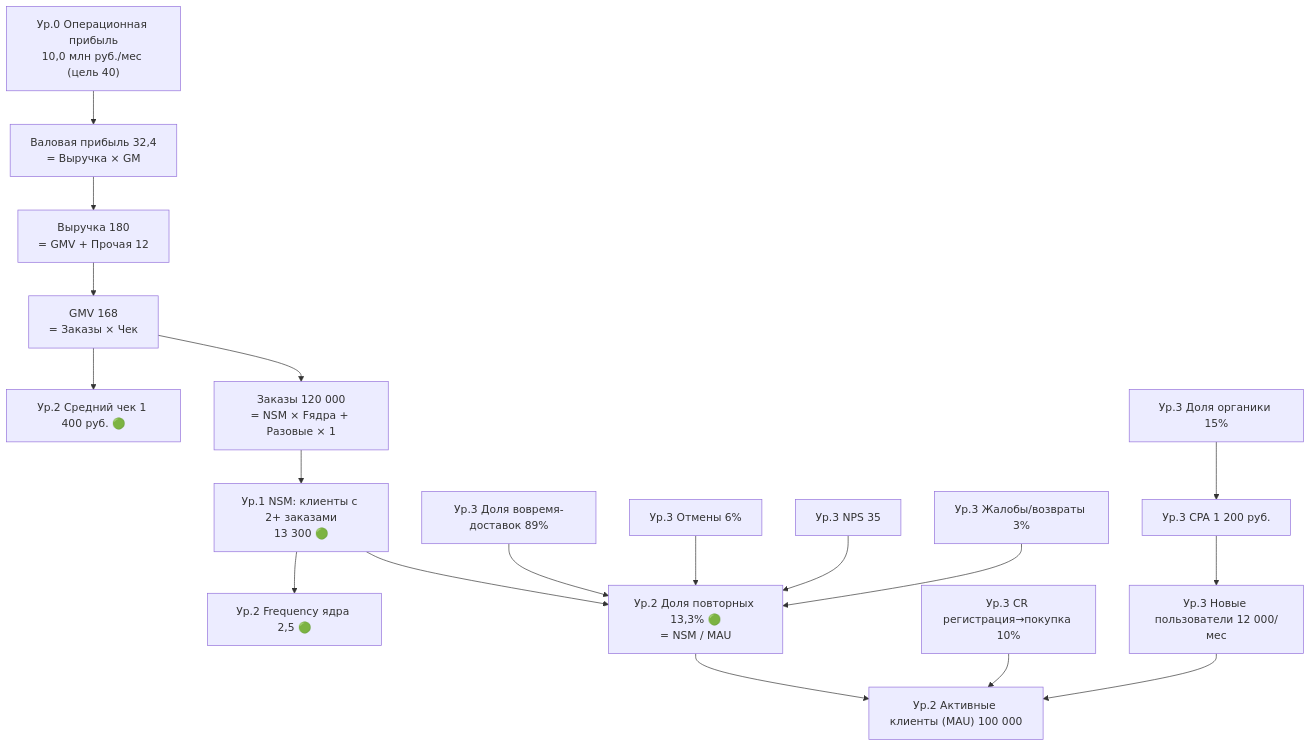
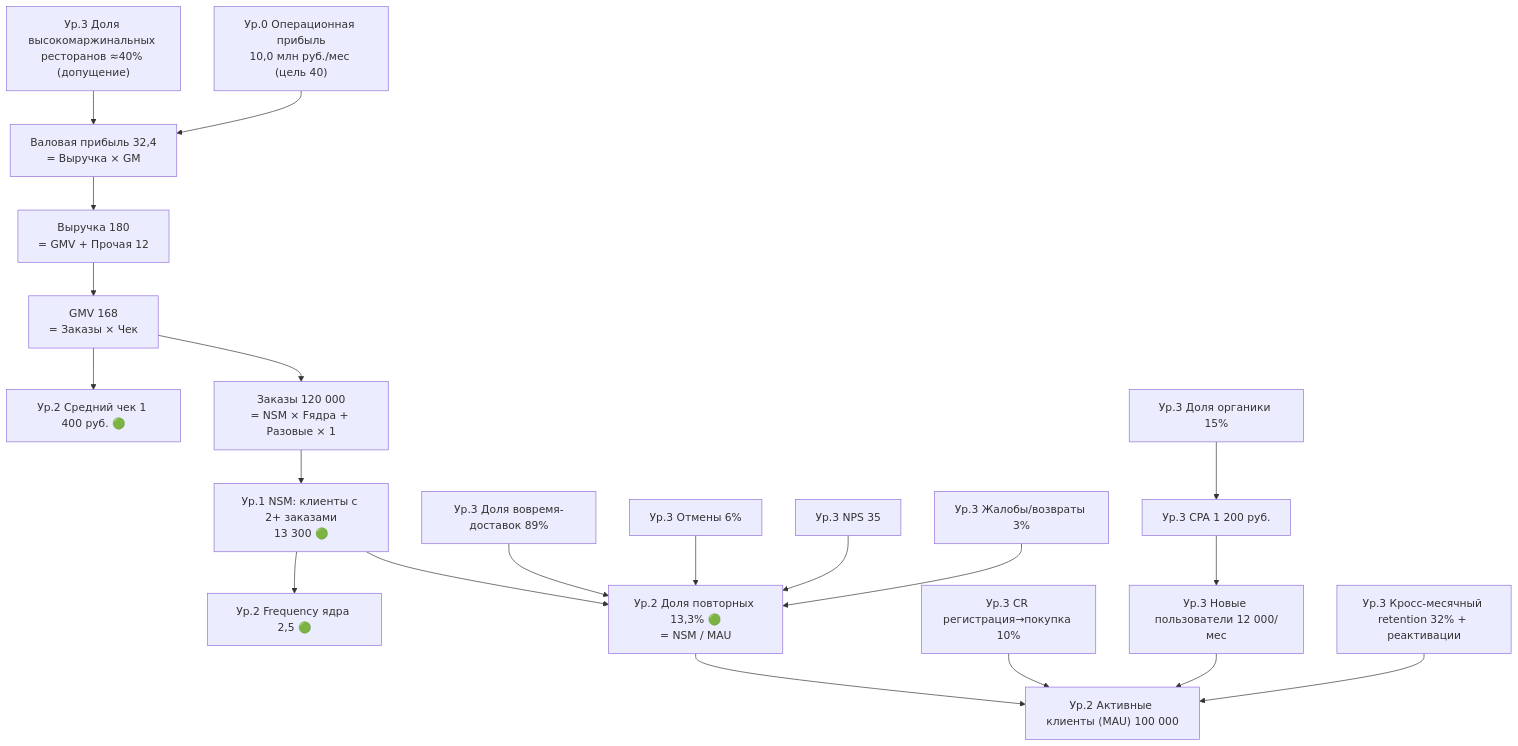
One commit to ipaingo/study changed the diagram in стратегия продукта/дз 2/03_Дерево_метрик.md. Above: the diagram before and after it, drawn with Mermaid. The commit also changed other lines of this file and 67 other files, not shown here.

````diff
--- a/стратегия продукта/дз 2/03_Дерево_метрик.md
+++ b/стратегия продукта/дз 2/03_Дерево_метрик.md
@@ -7,34 +7,36 @@
 ```mermaid
 graph TD
     P["Ур.0 Операционная прибыль<br>10,0 млн руб./мес (цель 40)"]
     VP["Валовая прибыль 32,4<br>= Выручка × GM"]
     REV["Выручка 180<br>= GMV + Прочая 12"]
     GMV["GMV 168<br>= Заказы × Чек"]
     ORD["Заказы 120 000<br>= NSM × Fядра + Разовые × 1"]
     NSM["Ур.1 NSM: клиенты с 2+ заказами<br>13 300 🟢"]
     DP["Ур.2 Доля повторных 13,3% 🟢<br>= NSM / MAU"]
     FJ["Ур.2 Frequency ядра 2,5 🟢"]
     MAU["Ур.2 Активные клиенты (MAU) 100 000"]
     CHECK["Ур.2 Средний чек 1 400 руб. 🟢"]
     ONTIME["Ур.3 Доля вовремя-доставок 89%"]
     CANCEL["Ур.3 Отмены 6%"]
     NPS["Ур.3 NPS 35"]
     COMP["Ур.3 Жалобы/возвраты 3%"]
     CR["Ур.3 CR регистрация→покупка 10%"]
     NEW["Ур.3 Новые пользователи 12 000/мес"]
     CPA["Ур.3 CPA 1 200 руб."]
     ORG["Ур.3 Доля органики 15%"]
 
     P --> VP --> REV --> GMV --> ORD --> NSM
     NSM --> DP --> MAU
     NSM --> FJ
     GMV --> CHECK
     ONTIME --> DP
     CANCEL --> DP
     COMP --> DP
     NPS --> DP
     NEW --> MAU
     CR --> MAU
     CPA --> NEW
     ORG --> CPA
+    RET["Ур.3 Кросс-месячный retention 32% + реактивации"] --> MAU
+    MIX["Ур.3 Доля высокомаржинальных ресторанов ≈40% (допущение)"] --> VP
 ```
````
